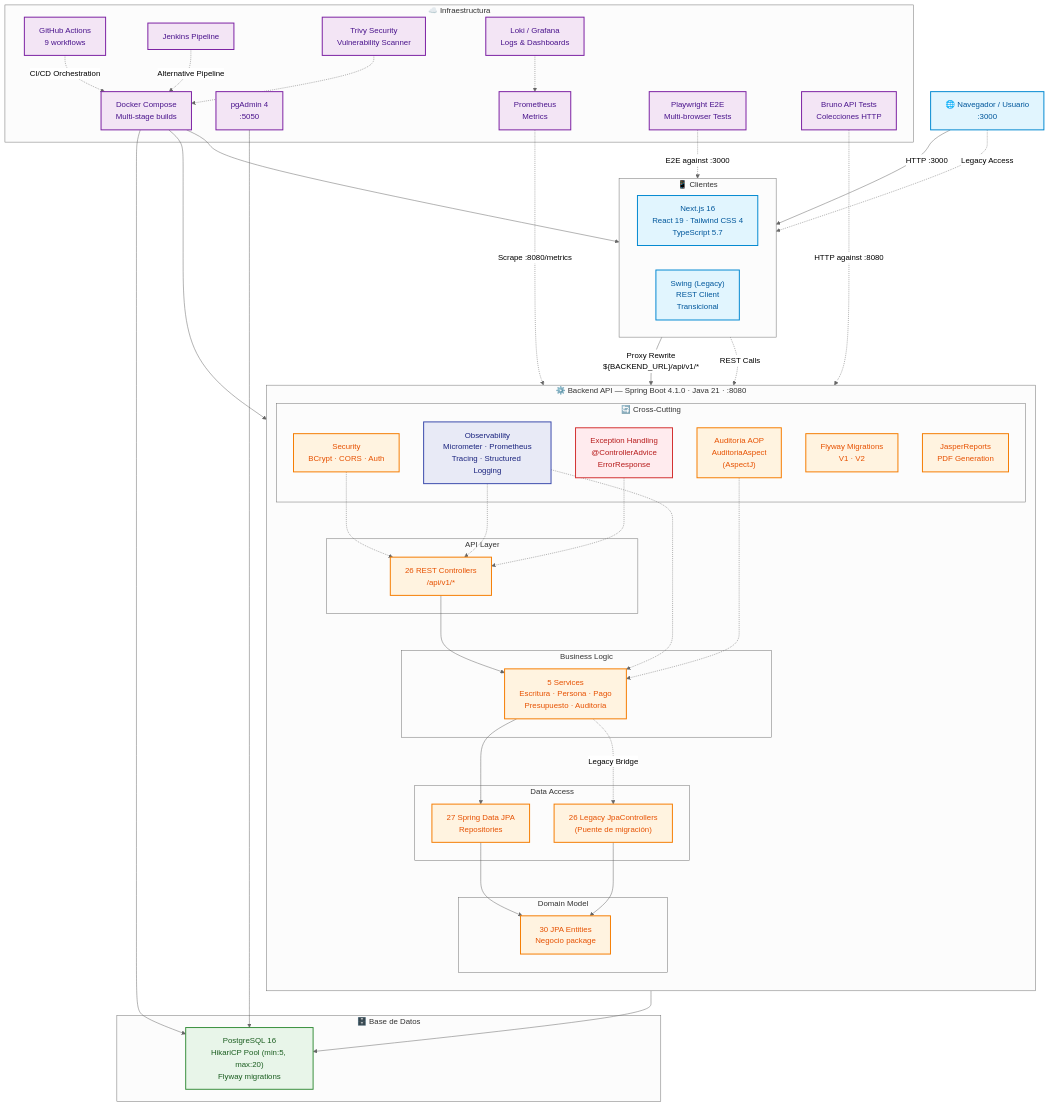
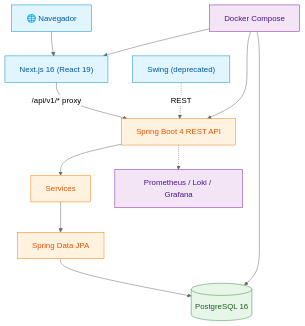
Before and after one commit to matiaspakua/notaire: the diagram in README.md, drawn with Mermaid (neutral theme). The commit also changed other lines of this file and 1634 other files, not shown here.

````diff
--- a/README.md
+++ b/README.md
@@ -131,100 +60,16 @@
 ```mermaid
 flowchart TD
-  %% ── STYLE DEFINITIONS ──
-  classDef client fill:#e1f5fe,stroke:#0288d1,stroke-width:2px,color:#01579b
-  classDef backend fill:#fff3e0,stroke:#f57c00,stroke-width:2px,color:#e65100
-  classDef data fill:#e8f5e9,stroke:#388e3c,stroke-width:2px,color:#1b5e20
-  classDef infra fill:#f3e5f5,stroke:#7b1fa2,stroke-width:2px,color:#4a148c
-  classDef security fill:#ffebee,stroke:#d32f2f,stroke-width:2px,color:#b71c1c
-  classDef observ fill:#e8eaf6,stroke:#3949ab,stroke-width:2px,color:#1a237e
+    classDef client fill:#e1f5fe,stroke:#0288d1,color:#01579b
+    classDef backend fill:#fff3e0,stroke:#f57c00,color:#e65100
+    classDef data fill:#e8f5e9,stroke:#388e3c,color:#1b5e20
+    classDef infra fill:#f3e5f5,stroke:#7b1fa2,color:#4a148c
 
-  %% ── USER / CLIENTS ──
-  subgraph CLIENTES ["📱 Clientes"]
-    direction LR
-    NEXT["Next.js 16<br/>React 19 · Tailwind CSS 4<br/>TypeScript 5.7"]:::client
-    SWING["Swing (Legacy)<br/>REST Client<br/>Transicional"]:::client
-  end
-
-  BROWSER["🌐 Navegador / Usuario<br/>:3000"]:::client
-
-  %% ── BACKEND ──
-  subgraph BACKEND ["⚙️ Backend API — Spring Boot 4.1.0 · Java 21 · :8080"]
-    direction TB
-
-    subgraph API ["API Layer"]
-      CTRL["26 REST Controllers<br/>/api/v1/*"]:::backend
-    end
-
-    subgraph SERVICE ["Business Logic"]
-      SVC["5 Services<br/>Escritura · Persona · Pago<br/>Presupuesto · Auditoría"]:::backend
-    end
-
-    subgraph REPO ["Data Access"]
-      REPOS["27 Spring Data JPA<br/>Repositories"]:::backend
-      JPACTL["26 Legacy JpaControllers<br/>(Puente de migración)"]:::backend
-    end
-
-    subgraph ENT ["Domain Model"]
-      ENTITIES["30 JPA Entities<br/>Negocio package"]:::backend
-    end
-
-    subgraph CROSS ["🔄 Cross-Cutting"]
-      SEC["Security<br/>BCrypt · CORS · Auth"]:::backend
-      OBS["Observability<br/>Micrometer · Prometheus<br/>Tracing · Structured Logging"]:::observ
-      EXC["Exception Handling<br/>@ControllerAdvice<br/>ErrorResponse"]:::security
-      AUDIT["Auditoría AOP<br/>AuditoriaAspect<br/>(AspectJ)"]:::backend
-      FLYWAY["Flyway Migrations<br/>V1 · V2"]:::backend
-      JASPER["JasperReports<br/>PDF Generation"]:::backend
-    end
-  end
-
-  %% ── DATABASE ──
-  subgraph DB ["🗄️ Base de Datos"]
-    PG["PostgreSQL 16<br/>HikariCP Pool (min:5, max:20)<br/>Flyway migrations"]:::data
-  end
-
-  %% ── INFRASTRUCTURE ──
-  subgraph INFRA ["☁️ Infraestructura"]
-    DOCKER["Docker Compose<br/>Multi-stage builds"]:::infra
-    GHACT["GitHub Actions<br/>9 workflows"]:::infra
-    JENKINS["Jenkins Pipeline"]:::infra
-    PGADMIN["pgAdmin 4<br/>:5050"]:::infra
-    TRIVY["Trivy Security<br/>Vulnerability Scanner"]:::infra
-    PROM["Prometheus<br/>Metrics"]:::infra
-    GRAFANA["Loki / Grafana<br/>Logs & Dashboards"]:::infra
-    PLAYWRIGHT["Playwright E2E<br/>Multi-browser Tests"]:::infra
-    BRUNO["Bruno API Tests<br/>Colecciones HTTP"]:::infra
-  end
-
-  %% ── EDGES ──
-  BROWSER -->|"HTTP :3000"| NEXT
-  BROWSER -.->|"Legacy Access"| SWING
-  NEXT -->|"Proxy Rewrite<br/>${BACKEND_URL}/api/v1/*"| CTRL
-  SWING -.->|"REST Calls"| CTRL
-  CTRL --> SVC
-  SVC --> REPOS
-  SVC -.->|"Legacy Bridge"| JPACTL
-  REPOS --> ENTITIES
-  JPACTL --> ENTITIES
-  ENTITIES --> PG
-
-  %% Cross-cutting connections
-  SEC -.-> CTRL
-  OBS -.-> CTRL
-  OBS -.-> SVC
-  EXC -.-> CTRL
-  AUDIT -.-> SVC
-
-  %% Infra connections
-  DOCKER --> PG
-  DOCKER --> CTRL
-  DOCKER --> NEXT
-  GHACT -.->|"CI/CD Orchestration"| DOCKER
-  JENKINS -.->|"Alternative Pipeline"| DOCKER
-  PGADMIN --> PG
-  TRIVY -.-> DOCKER
-  PROM -.->|"Scrape :8080/metrics"| OBS
-  GRAFANA -.-> PROM
-  PLAYWRIGHT -.->|"E2E against :3000"| NEXT
-  BRUNO -.->|"HTTP against :8080"| CTRL
+    BROWSER["🌐 Navegador"]:::client --> NEXT["Next.js 16 (React 19)"]:::client
+    NEXT -->|"/api/v1/* proxy"| API["Spring Boot 4 REST API"]:::backend
+    SWING["Swing (deprecated)"]:::client -.->|"REST"| API
+    API --> SVC["Services"]:::backend --> REPO["Spring Data JPA"]:::backend --> PG[("PostgreSQL 16")]:::data
+    API -.-> OBS["Prometheus / Loki / Grafana"]:::infra
+    DOCKER["Docker Compose"]:::infra --> API
+    DOCKER --> NEXT
+    DOCKER --> PG
 ```
````
